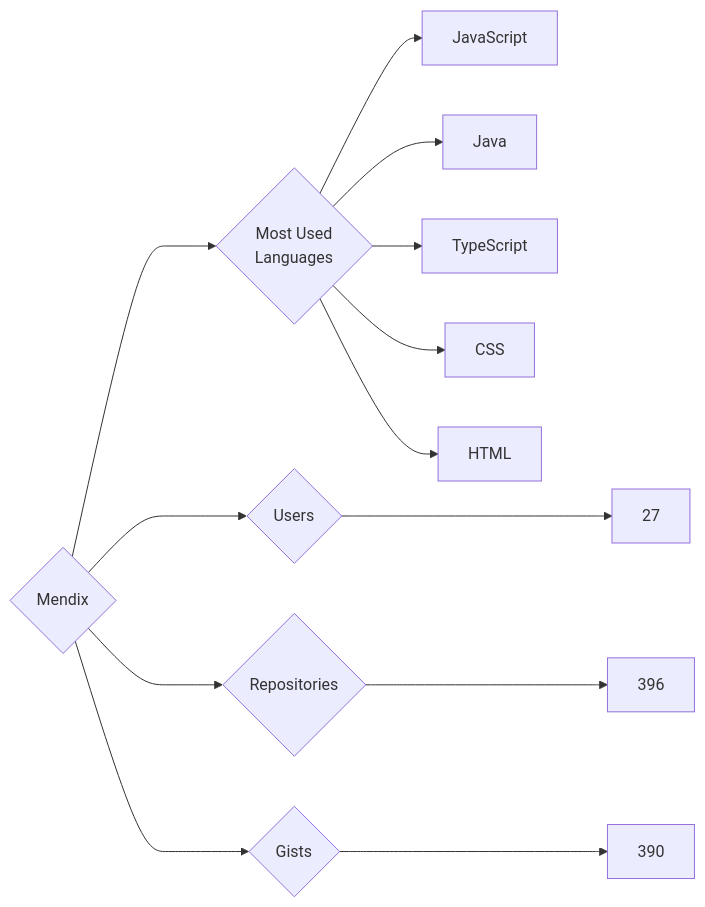
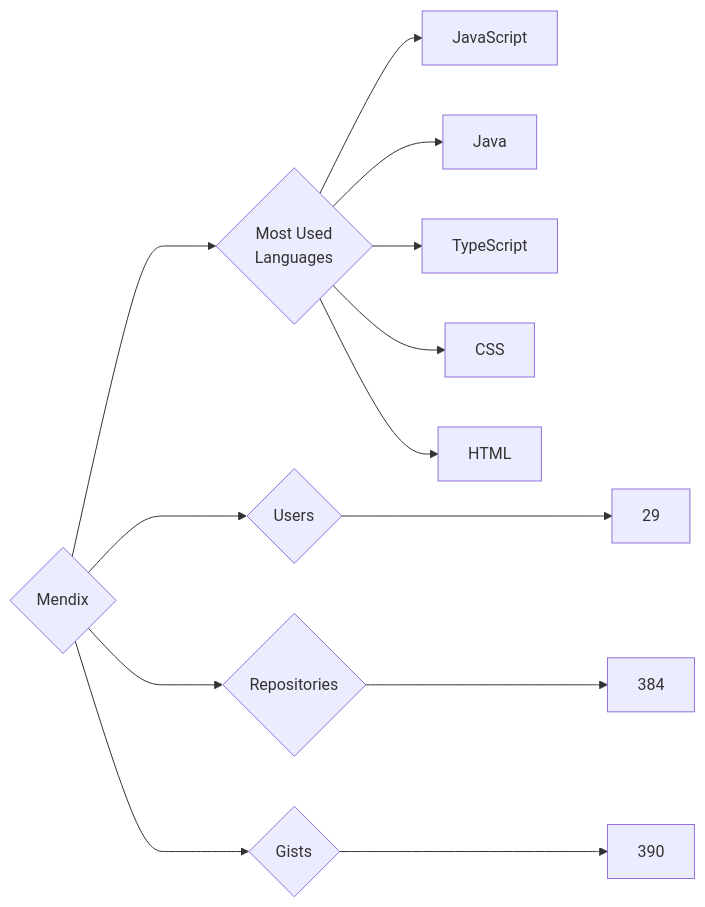
The diagram in targets/Mendix/README.md (trickest/insiders), drawn with Mermaid before and after one commit. The commit also changed 953 other files, not shown here.

````diff
--- a/targets/Mendix/README.md
+++ b/targets/Mendix/README.md
@@ -3,13 +3,13 @@
 ```mermaid
 graph LR
 COMPANY_NAME{Mendix}
-COMPANY_NAME ---> U{Users} ---> UN[27]
-COMPANY_NAME ---> R{Repositories} ---> RN[396]
+COMPANY_NAME ---> U{Users} ---> UN[29]
+COMPANY_NAME ---> R{Repositories} ---> RN[384]
 COMPANY_NAME ---> G{Gists} ---> GN[390]
 COMPANY_NAME ---> ML{Most Used<br>Languages}
 ML --> JavaScript[JavaScript]
 ML --> Java[Java]
 ML --> TypeScript[TypeScript]
 ML --> CSS[CSS]
 ML --> HTML[HTML]
 ```
````
